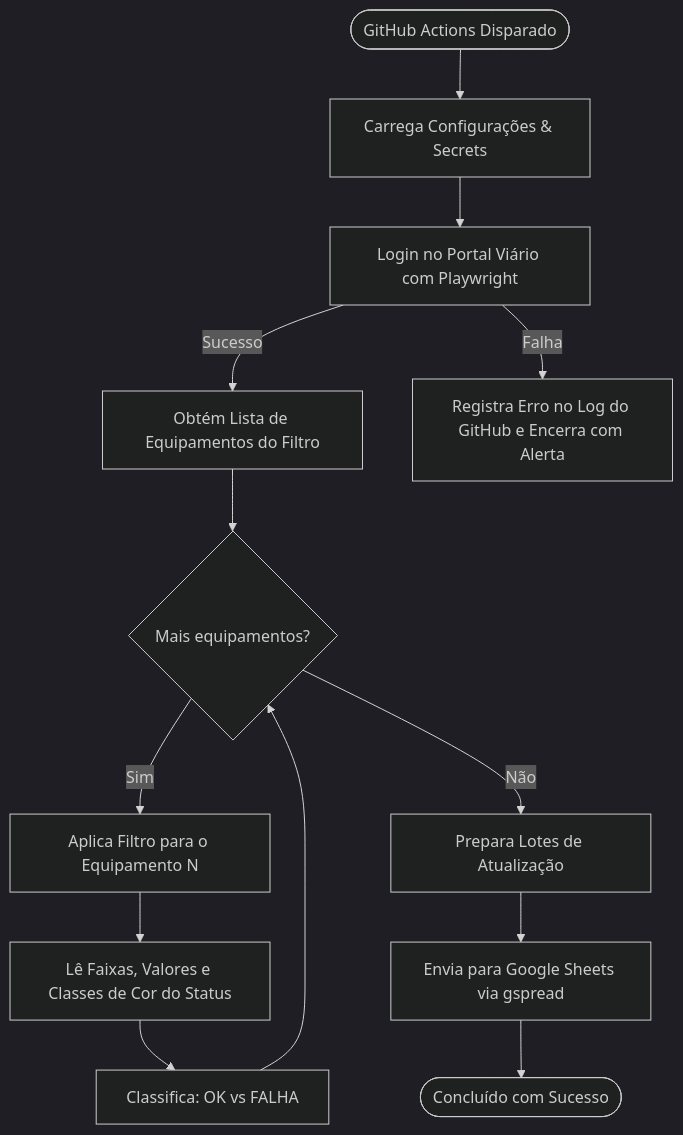
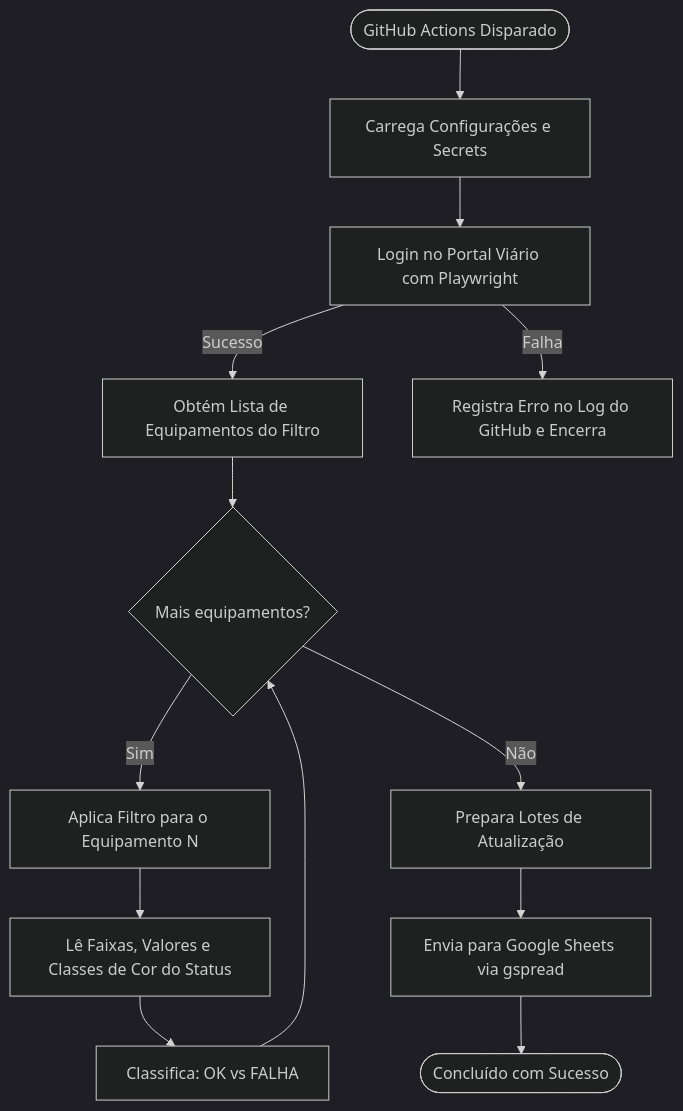
Before and after one commit to ViktorGabriel/controle-fluxo: the diagram in ARCHITECTURE_DESIGN.md, drawn with Mermaid (dark theme). The commit also changed other lines of this file and 1 other file, not shown here.

Commit message:
fix(docs): corrigir sintaxe do diagrama mermaid e renomear sistema para portugues

````diff
--- a/ARCHITECTURE_DESIGN.md
+++ b/ARCHITECTURE_DESIGN.md
@@ -59,18 +59,18 @@
 ```mermaid
 flowchart TD
-    Start([GitHub Actions Disparado]) --> Init[Carrega Configurações & Secrets]
-    Init --> LoginPortal[Login no Portal Viário com Playwright]
+    Start(["GitHub Actions Disparado"]) --> Init["Carrega Configurações e Secrets"]
+    Init --> LoginPortal["Login no Portal Viário com Playwright"]
     
-    LoginPortal -->|Sucesso| FetchList[Obtém Lista de Equipamentos do Filtro]
-    LoginPortal -->|Falha| LogError[Registra Erro no Log do GitHub e Encerra com Alerta]
+    LoginPortal -->|Sucesso| FetchList["Obtém Lista de Equipamentos do Filtro"]
+    LoginPortal -->|Falha| LogError["Registra Erro no Log do GitHub e Encerra"]
     
-    FetchList --> LoopEquip{Mais equipamentos?}
-    LoopEquip -->|Sim| SelectEquip[Aplica Filtro para o Equipamento N]
-    SelectEquip --> ReadLanes[Lê Faixas, Valores e Classes de Cor do Status]
-    ReadLanes --> Analyze[Classifica: OK vs FALHA]
+    FetchList --> LoopEquip{"Mais equipamentos?"}
+    LoopEquip -->|Sim| SelectEquip["Aplica Filtro para o Equipamento N"]
+    SelectEquip --> ReadLanes["Lê Faixas, Valores e Classes de Cor do Status"]
+    ReadLanes --> Analyze["Classifica: OK vs FALHA"]
     Analyze --> LoopEquip
     
-    LoopEquip -->|Não| FormatBatches[Prepara Lotes de Atualização]
-    FormatBatches --> SendSheets[Envia para Google Sheets via gspread]
-    SendSheets --> End([Concluído com Sucesso])
+    LoopEquip -->|Não| FormatBatches["Prepara Lotes de Atualização"]
+    FormatBatches --> SendSheets["Envia para Google Sheets via gspread"]
+    SendSheets --> End(["Concluído com Sucesso"])
 ```
````
